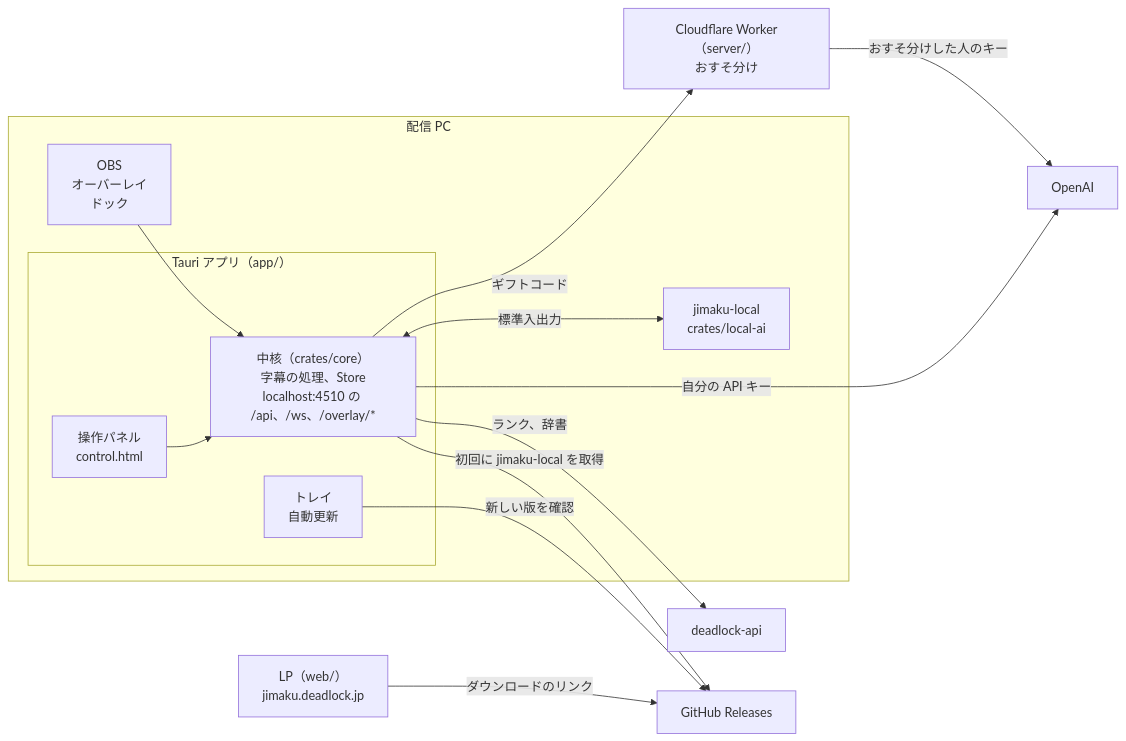
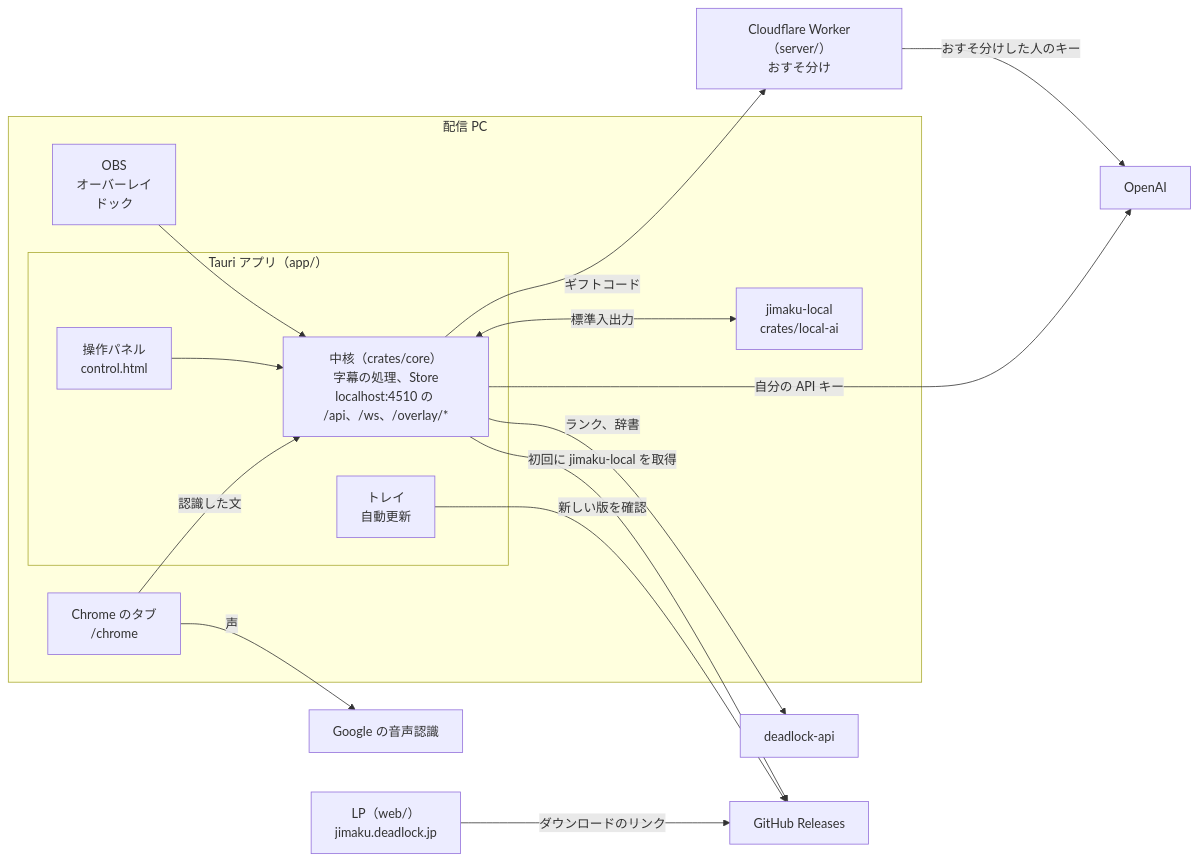
Before and after one commit to Chiji1108/deadlock-jimaku: the first of 4 diagrams in README.md, drawn with Mermaid. The commit also changed other lines of this file and 36 other files, not shown here.

````diff
--- a/README.md
+++ b/README.md
@@ -33,28 +33,32 @@
 ```mermaid
 flowchart LR
   subgraph pc["配信 PC"]
     obs["OBS<br/>オーバーレイ<br/>ドック"]
     subgraph app["Tauri アプリ（app/）"]
       panel["操作パネル<br/>control.html"]
       core["中核（crates/core）<br/>字幕の処理、Store<br/>localhost:4510 の /api、/ws、/overlay/*"]
       shell["トレイ<br/>自動更新"]
     end
     helper["jimaku-local<br/>crates/local-ai"]
+    tab["Chrome のタブ<br/>/chrome"]
   end
   worker["Cloudflare Worker（server/）<br/>おすそ分け"]
   openai["OpenAI"]
+  google["Google の音声認識"]
   deadlockapi["deadlock-api"]
   releases["GitHub Releases"]
   lp["LP（web/）<br/>jimaku.deadlock.jp"]
 
   obs --> core
   panel --> core
   core <-- "標準入出力" --> helper
+  tab -- "認識した文" --> core
+  tab -- "声" --> google
   core -- "ギフトコード" --> worker
   worker -- "おすそ分けした人のキー" --> openai
   core -- "自分の API キー" --> openai
   core -- "ランク、辞書" --> deadlockapi
   core -- "初回に jimaku-local を取得" --> releases
   shell -- "新しい版を確認" --> releases
   lp -- "ダウンロードのリンク" --> releases
 ```
````
